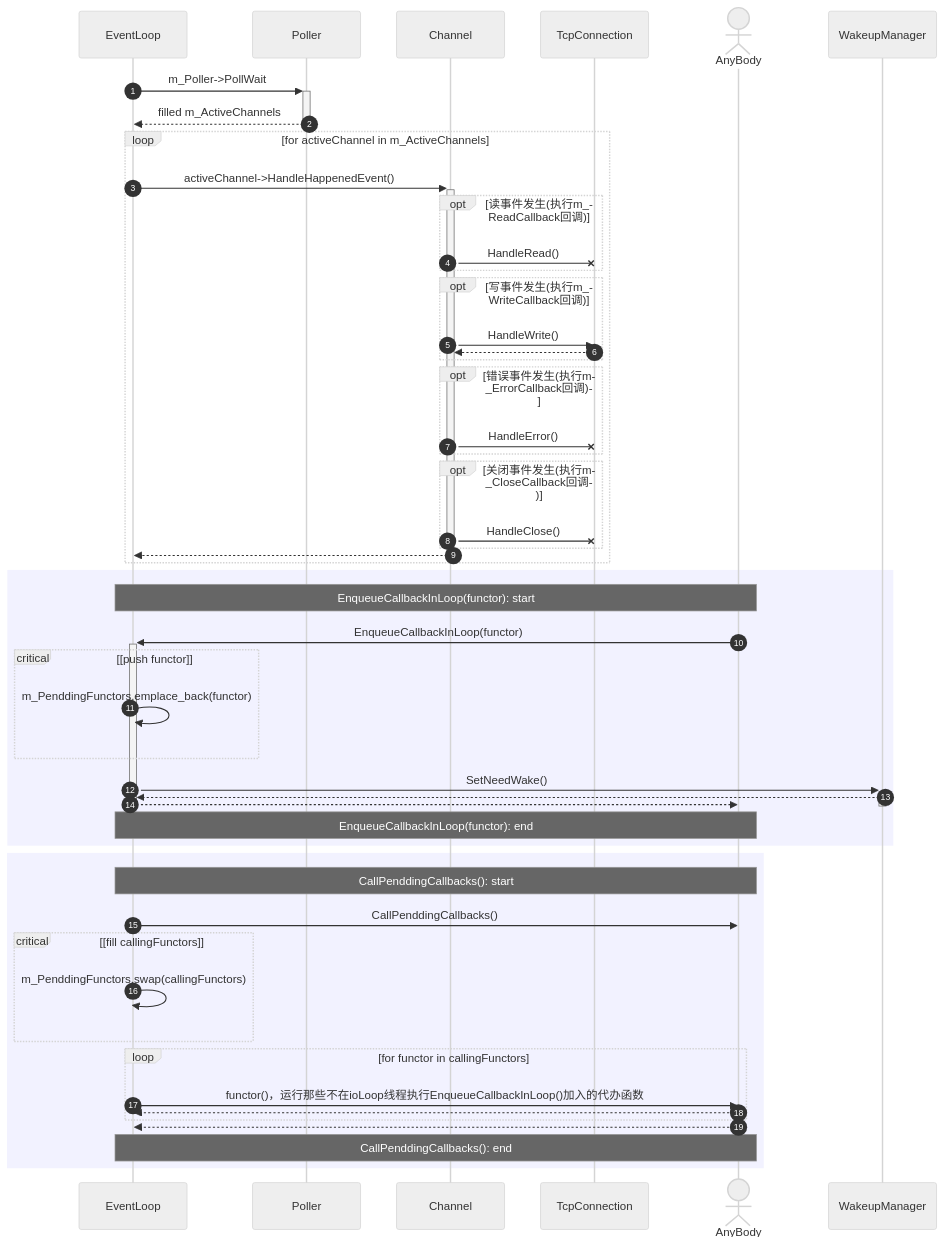
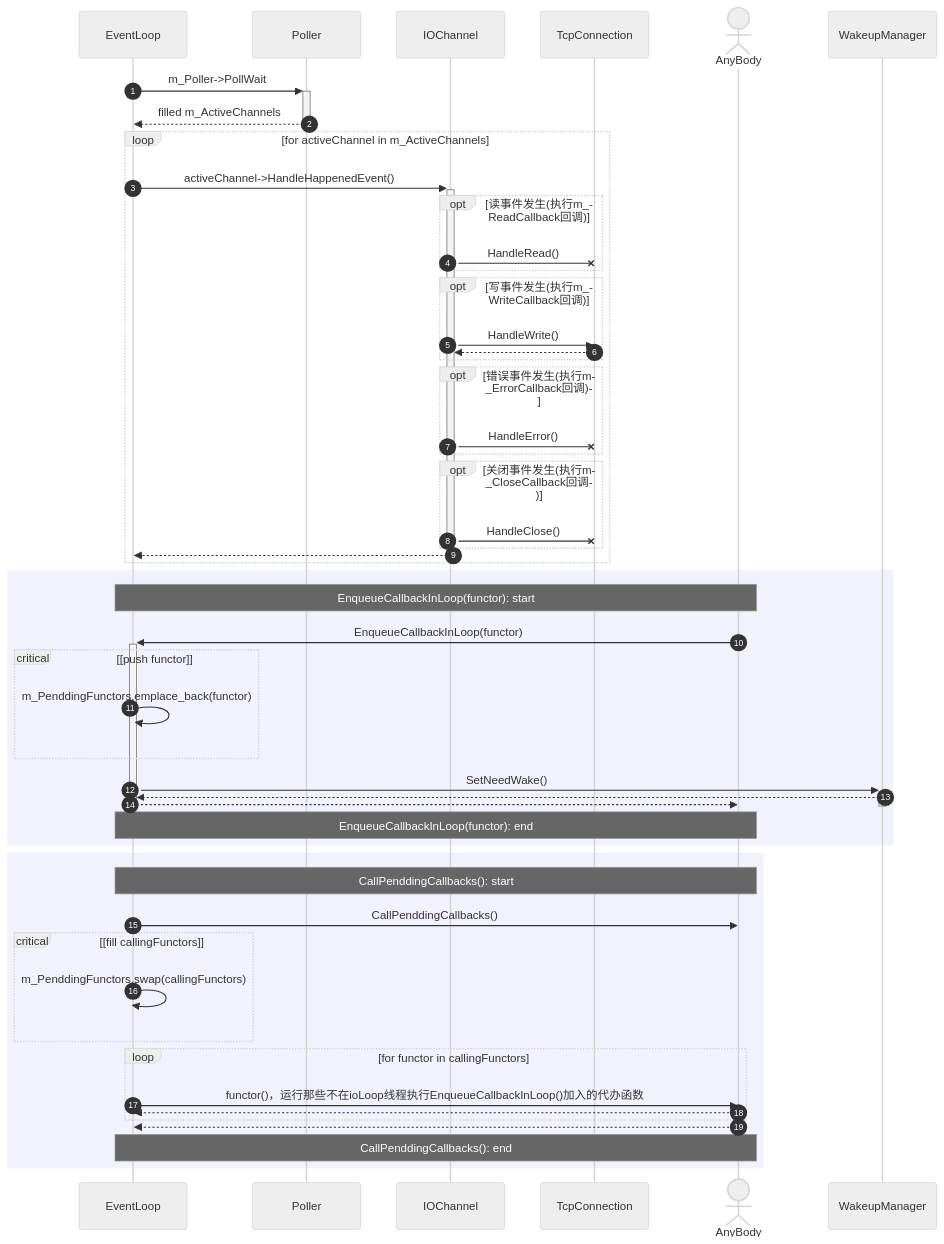
Before and after one commit to MYMarcoreus/GameServer: the seventh of 7 diagrams in base/net/md/EventLoop&Channel.md, drawn with Mermaid (neutral theme). The commit also changed other lines of this file and 70 other files, not shown here.

````diff
--- a/base/net/md/EventLoop&Channel.md
+++ b/base/net/md/EventLoop&Channel.md
@@ -641,65 +643,65 @@
 ```mermaid
 sequenceDiagram
     autonumber
 
     participant EventLoop
     participant Poller
-    participant Channel
+    participant IOChannel
     participant TcpConnection
     actor AnyBody
     
 
     
 	EventLoop ->>+ Poller: m_Poller->PollWait
 	Poller  -->> - EventLoop : filled m_ActiveChannels
 	loop for activeChannel in m_ActiveChannels
-        EventLoop ->> +Channel: activeChannel->HandleHappenedEvent() 
+        EventLoop ->> +IOChannel: activeChannel->HandleHappenedEvent() 
 		opt 读事件发生(执行m_ReadCallback回调)
-			Channel -x TcpConnection: HandleRead()
+			IOChannel -x TcpConnection: HandleRead()
 		end 
 		
 		opt 写事件发生(执行m_WriteCallback回调)
-			Channel ->> TcpConnection: HandleWrite()
-			TcpConnection -->> Channel: 
+			IOChannel ->> TcpConnection: HandleWrite()
+			TcpConnection -->> IOChannel: 
 		end
         
 		opt 错误事件发生(执行m_ErrorCallback回调)
-			Channel -x TcpConnection: HandleError()
+			IOChannel -x TcpConnection: HandleError()
 		end
 		
 		opt 关闭事件发生(执行m_CloseCallback回调)
-			Channel -x TcpConnection: HandleClose()
+			IOChannel -x TcpConnection: HandleClose()
 		end
 		
-        Channel -->> -EventLoop: 
+        IOChannel -->> -EventLoop: 
     end
     
     rect rgb(242, 242, 255) 
         note over EventLoop, AnyBody: EnqueueCallbackInLoop(functor): start
         AnyBody ->> +EventLoop: EnqueueCallbackInLoop(functor)
         critical [push functor]
             EventLoop ->> EventLoop: m_PenddingFunctors.emplace_back(functor)
         end
         EventLoop ->> +WakeupManager: SetNeedWake()
         WakeupManager -->> -EventLoop: 
         EventLoop -->> -AnyBody:  
         note over EventLoop, AnyBody: EnqueueCallbackInLoop(functor): end
     end
     
     rect rgb(242, 242, 255) 
         note over EventLoop, AnyBody: CallPenddingCallbacks(): start
         EventLoop ->> AnyBody: CallPenddingCallbacks()
         critical [fill callingFunctors]
             EventLoop ->> EventLoop: m_PenddingFunctors.swap(callingFunctors);
         end
         
         loop for functor in callingFunctors
                 EventLoop ->> AnyBody:  functor()，运行那些不在ioLoop线程执行EnqueueCallbackInLoop()加入的代办函数
                 AnyBody -->> EventLoop: 
         end
         AnyBody -->> EventLoop: 
         note over EventLoop, AnyBody: CallPenddingCallbacks(): end
     end
 
 
 ```
````
